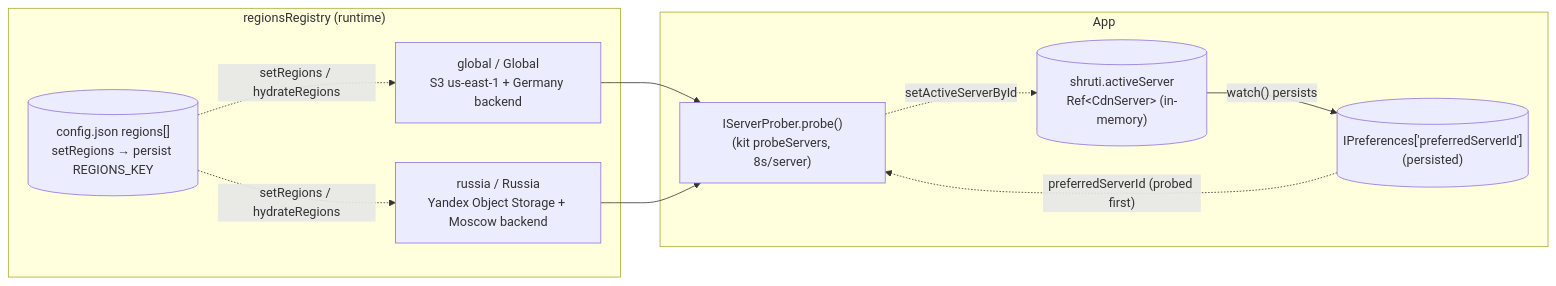
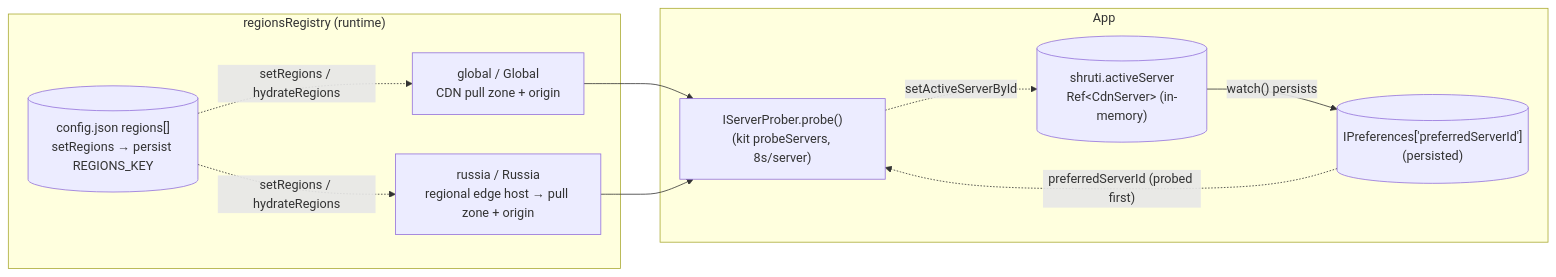
Before and after one commit to jiva-studio/shruti: the first of 5 diagrams in docs/repos/shruti/infra/cdn.md, drawn with Mermaid. The commit also changed other lines of this file and 23 other files, not shown here.

First line of the commit message:
docs: one write store, one backend, the edge role

````diff
--- a/docs/repos/shruti/infra/cdn.md
+++ b/docs/repos/shruti/infra/cdn.md
@@ -52,22 +54,22 @@
 ```mermaid
 graph LR
     subgraph registry["regionsRegistry (runtime)"]
-        GL["global / Global<br/>S3 us-east-1 + Germany backend"]
-        RU["russia / Russia<br/>Yandex Object Storage + Moscow backend"]
+        GL["global / Global<br/>CDN pull zone + origin"]
+        RU["russia / Russia<br/>regional edge host → pull zone + origin"]
         FILE[("config.json regions[]<br/>setRegions → persist REGIONS_KEY")]
     end
 
     subgraph app["App"]
         PR["IServerProber.probe()<br/>(kit probeServers, 8s/server)"]
         ACTIVE[("shruti.activeServer<br/>Ref&lt;CdnServer&gt; (in-memory)")]
         PREF[("IPreferences['preferredServerId']<br/>(persisted)")]
     end
 
     FILE -. setRegions / hydrateRegions .-> GL
     FILE -. setRegions / hydrateRegions .-> RU
     GL --> PR
     RU --> PR
     PR -. setActiveServerById .-> ACTIVE
     ACTIVE -- watch() persists --> PREF
     PREF -. preferredServerId (probed first) .-> PR
 ```
````
